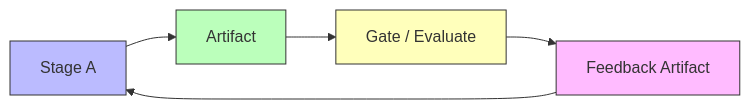
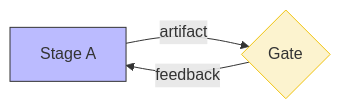
One commit to jrlangford/loop changed the second of 8 diagrams in framework-design.md. Above: the diagram before and after it, drawn with Mermaid. The commit also changed other lines of this file and 11 other files, not shown here.

First line of the commit message:
Align diagrams with describe skill conventions and clarify Evaluate vs Gate

````diff
--- a/framework-design.md
+++ b/framework-design.md
@@ -228,8 +228,7 @@
 ```mermaid
-graph LR
-    A["Stage A"] --> AR["Artifact"] --> G["Gate / Evaluate"] --> FB["Feedback Artifact"] --> A
-    style A fill:#bbf,stroke:#333
-    style G fill:#ffb,stroke:#333
-    style AR fill:#bfb,stroke:#333
-    style FB fill:#fbf,stroke:#333
+flowchart LR
+    classDef stage fill:#bbf,stroke:#333
+    classDef gate fill:#fcf3cf,stroke:#f1c40f
+
+    A["Stage A"]:::stage -->|artifact| G{"Gate"}:::gate -->|feedback| A
 ```
````
